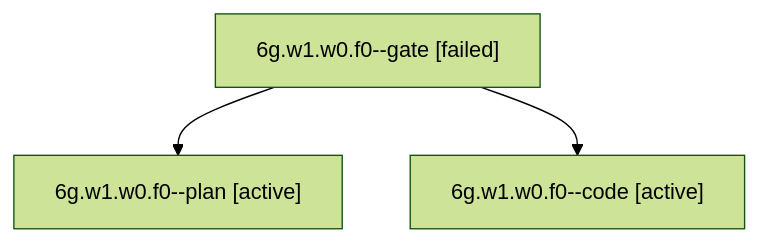
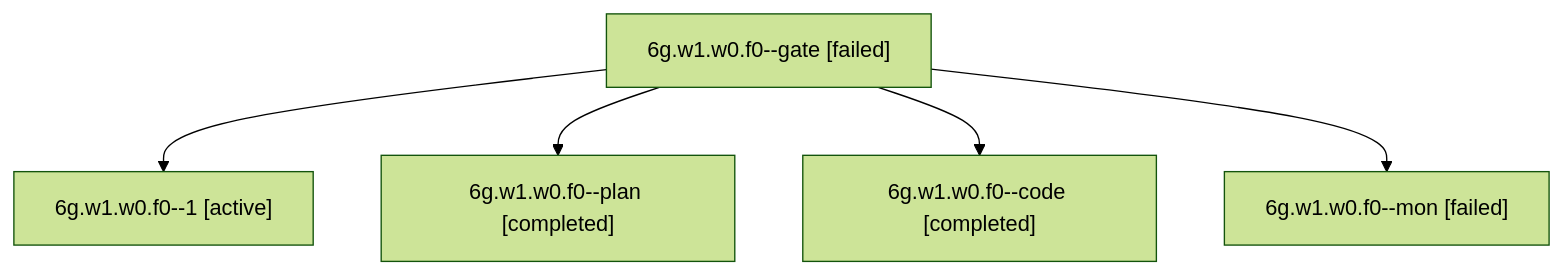
One commit to bobs-org/bob-cli--agents changed the diagram in sessions/bbugyi200.apollo.6g.w1.w0.f0.md. Above: the diagram before and after it, drawn with Mermaid (forest theme). The commit also changed other lines of this file and 50 other files, not shown here.

````diff
--- a/sessions/bbugyi200.apollo.6g.w1.w0.f0.md
+++ b/sessions/bbugyi200.apollo.6g.w1.w0.f0.md
@@ -9,8 +9,12 @@
 ```mermaid
 flowchart TD
   n0["6g.w1.w0.f0--gate [failed]"]
-  n1["6g.w1.w0.f0--plan [active]"]
+  n1["6g.w1.w0.f0--1 [active]"]
   n0 --> n1
-  n2["6g.w1.w0.f0--code [active]"]
+  n2["6g.w1.w0.f0--plan [completed]"]
   n0 --> n2
+  n3["6g.w1.w0.f0--code [completed]"]
+  n0 --> n3
+  n4["6g.w1.w0.f0--mon [failed]"]
+  n0 --> n4
 ```
````
